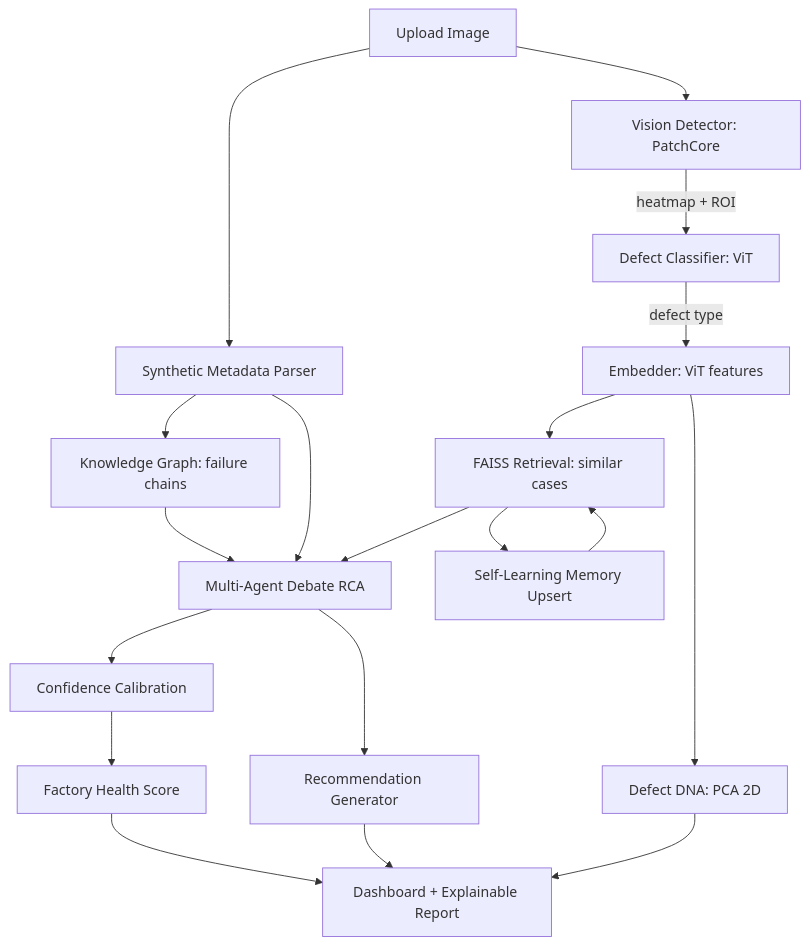
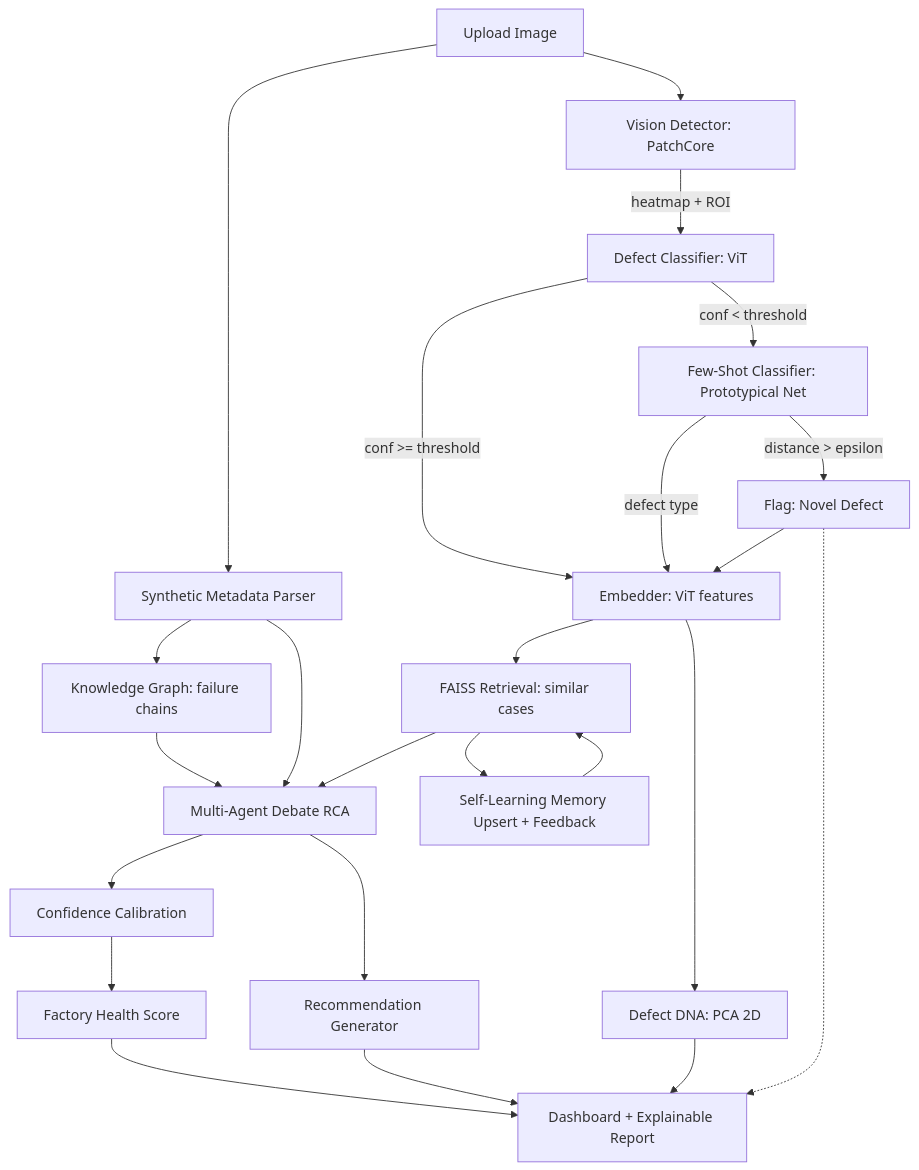
One commit to IMMORTALxTHOUGHT/AGIHUNTERS_PS2 changed the diagram in ARCHITECTURE.md. Above: the diagram before and after it, drawn with Mermaid. The commit also changed other lines of this file and 18 other files, not shown here.

First line of the commit message:
feat: few-shot learning for rare defects, self-learning memory loop, restructured repo layout

````diff
--- a/ARCHITECTURE.md
+++ b/ARCHITECTURE.md
@@ -57,21 +59,26 @@
 ```mermaid
 flowchart TD
     A[Upload Image] --> B[Synthetic Metadata Parser]
     A --> C[Vision Detector: PatchCore]
     C -->|heatmap + ROI| D[Defect Classifier: ViT]
-    D -->|defect type| E[Embedder: ViT features]
-    E --> F[FAISS Retrieval: similar cases]
-    B --> G[Knowledge Graph: failure chains]
-    F --> H[Multi-Agent Debate RCA]
-    G --> H
-    B --> H
-    E --> I[Defect DNA: PCA 2D]
-    H --> J[Confidence Calibration]
-    J --> K[Factory Health Score]
-    H --> L[Recommendation Generator]
-    F --> M[Self-Learning Memory Upsert]
-    K --> N[Dashboard + Explainable Report]
-    L --> N
-    I --> N
-    M --> F
+    D -->|conf >= threshold| E[Embedder: ViT features]
+    D -->|conf < threshold| F[Few-Shot Classifier: Prototypical Net]
+    F -->|defect type| E
+    F -->|distance > epsilon| G[Flag: Novel Defect]
+    G --> E
+    E --> H[FAISS Retrieval: similar cases]
+    B --> I[Knowledge Graph: failure chains]
+    H --> J[Multi-Agent Debate RCA]
+    I --> J
+    B --> J
+    E --> K[Defect DNA: PCA 2D]
+    J --> L[Confidence Calibration]
+    L --> M[Factory Health Score]
+    J --> N[Recommendation Generator]
+    H --> O[Self-Learning Memory Upsert + Feedback]
+    O --> H
+    M --> P[Dashboard + Explainable Report]
+    N --> P
+    K --> P
+    G -.-> P
 ```
````
